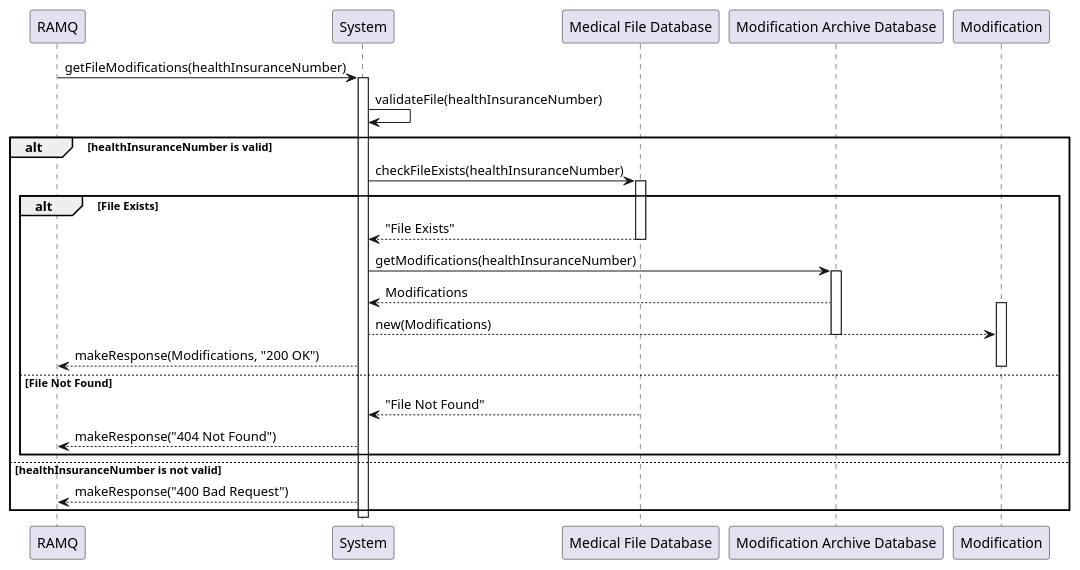
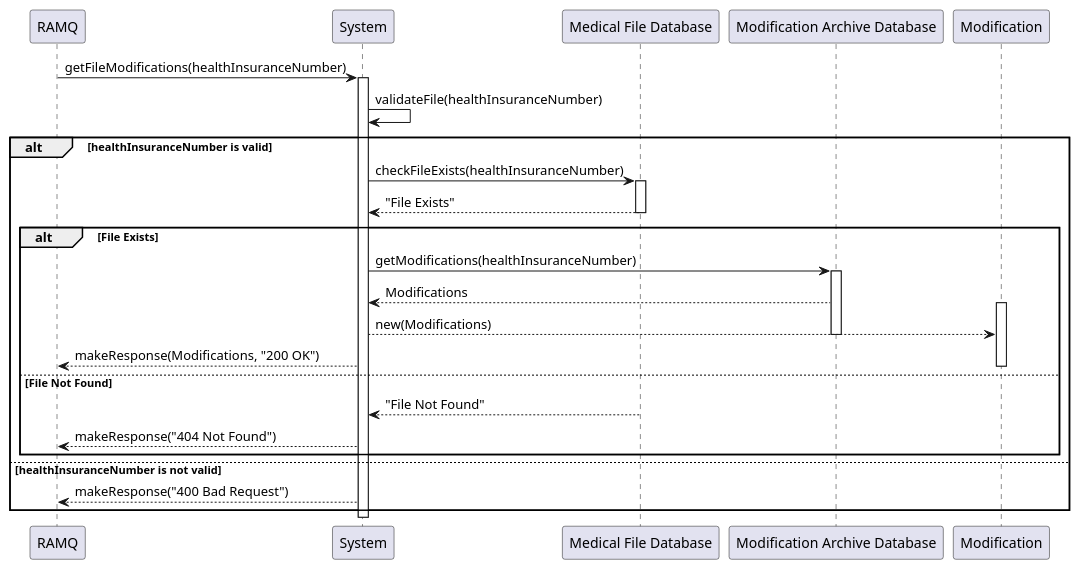
Before and after one commit to KevenJAntenor/Quebec-Centralized-Medical-Record-System: the diagram in plantUml/sequence-get-modification.puml, drawn with PlantUML. The commit also changed 1 other file, not shown here.

```diff
--- a/plantUml/sequence-get-modification.puml
+++ b/plantUml/sequence-get-modification.puml
@@ -1,37 +1,37 @@
 @startuml
 
 participant "RAMQ" as RAMQ
 participant "System" as System
 participant "Medical File Database" as MedicalDatabase
 participant "Modification Archive Database" as Database
 participant "Modification" as Modif
 
 RAMQ -> System: getFileModifications(healthInsuranceNumber)
 activate System
 System -> System: validateFile(healthInsuranceNumber)
 alt healthInsuranceNumber is valid
     System -> MedicalDatabase: checkFileExists(healthInsuranceNumber)
     activate MedicalDatabase
+    MedicalDatabase --> System: "File Exists"
     alt File Exists
-        MedicalDatabase --> System: "File Exists"
         deactivate MedicalDatabase
         System -> Database: getModifications(healthInsuranceNumber)
         activate Database
         Database --> System: Modifications
         activate Modif
         System --> Modif: new(Modifications)
         deactivate Database
         System --> RAMQ: makeResponse(Modifications, "200 OK")
         deactivate Modif
     else File Not Found
         MedicalDatabase --> System: "File Not Found"
         deactivate MedicalDatabase
         System --> RAMQ: makeResponse("404 Not Found")
     end
 else healthInsuranceNumber is not valid
     System --> RAMQ: makeResponse("400 Bad Request")
 end
 
 deactivate System
 
 @enduml
```
